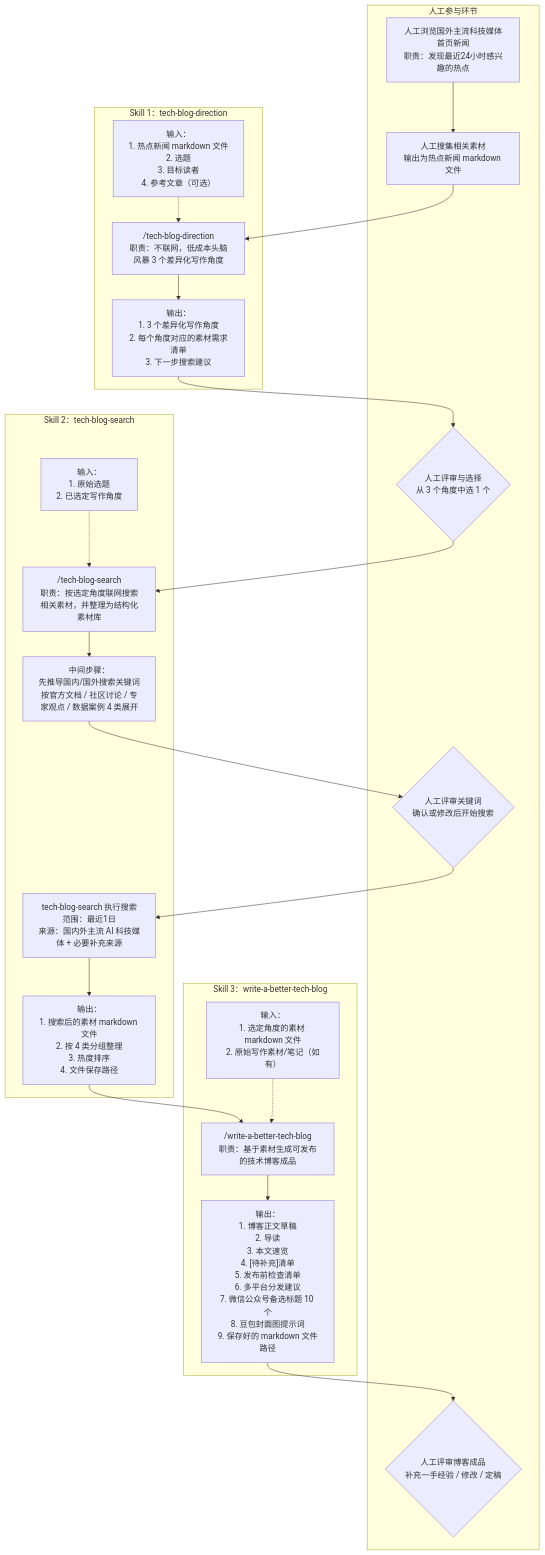
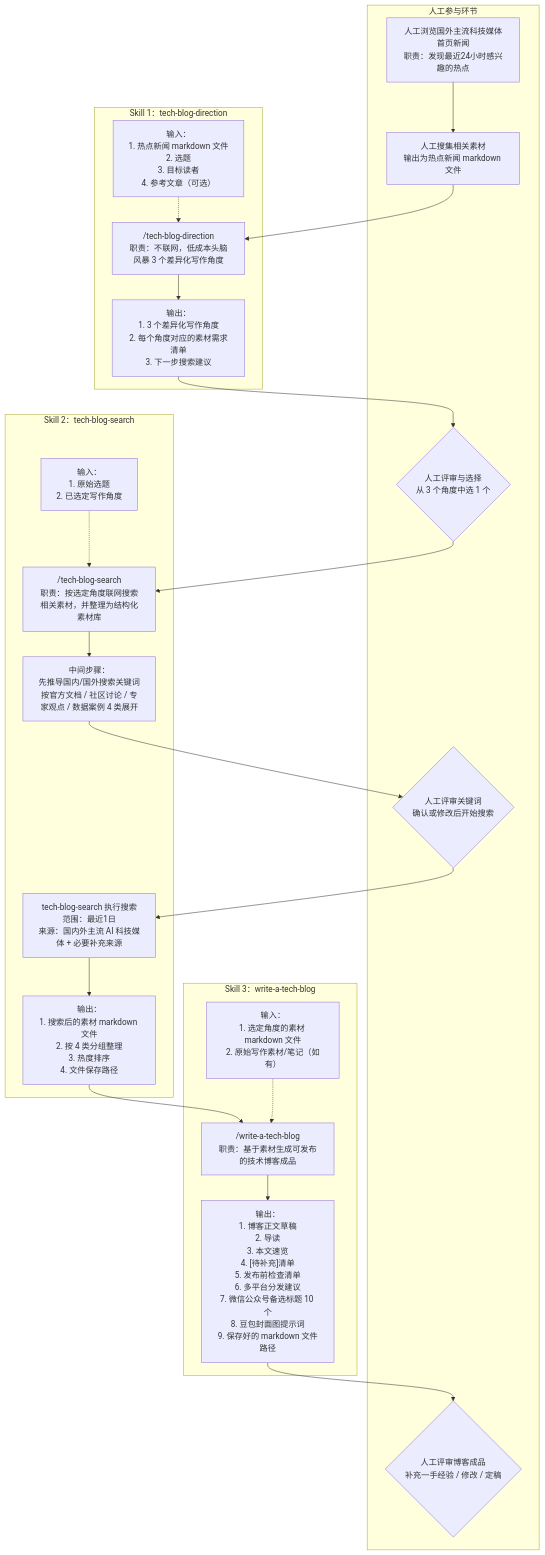
One commit to wubin28/write-better-ai-tech-blogs-with-ai changed the diagram in README.md. Above: the diagram before and after it, drawn with Mermaid. The commit also changed other lines of this file and 2 other files, not shown here.

Commit message:
refactor: renamed and updated references for 'write-a-tech-blog' skill in README and SKILL files

````diff
--- a/README.md
+++ b/README.md
@@ -72,52 +72,52 @@
 ```mermaid
 flowchart TD
     A["人工浏览国外主流科技媒体首页新闻<br/>职责：发现最近24小时感兴趣的热点"] --> B["人工搜集相关素材<br/>输出为热点新闻 markdown 文件"]
 
     B --> C["/tech-blog-direction<br/>职责：不联网，低成本头脑风暴 3 个差异化写作角度"]
     C_in["输入：<br/>1. 热点新闻 markdown 文件<br/>2. 选题<br/>3. 目标读者<br/>4. 参考文章（可选）"] -.-> C
     C --> C_out["输出：<br/>1. 3 个差异化写作角度<br/>2. 每个角度对应的素材需求清单<br/>3. 下一步搜索建议"]
 
     C_out --> D{"人工评审与选择<br/>从 3 个角度中选 1 个"}
     D --> E["/tech-blog-search<br/>职责：按选定角度联网搜索相关素材，并整理为结构化素材库"]
 
     E_in["输入：<br/>1. 原始选题<br/>2. 已选定写作角度"] -.-> E
     E --> E_kw["中间步骤：<br/>先推导国内/国外搜索关键词<br/>按官方文档 / 社区讨论 / 专家观点 / 数据案例 4 类展开"]
     E_kw --> F{"人工评审关键词<br/>确认或修改后开始搜索"}
 
     F --> G["tech-blog-search 执行搜索<br/>范围：最近1日<br/>来源：国内外主流 AI 科技媒体 + 必要补充来源"]
     G --> G_out["输出：<br/>1. 搜索后的素材 markdown 文件<br/>2. 按 4 类分组整理<br/>3. 热度排序<br/>4. 文件保存路径"]
 
-    G_out --> H["/write-a-better-tech-blog<br/>职责：基于素材生成可发布的技术博客成品"]
+    G_out --> H["/write-a-tech-blog<br/>职责：基于素材生成可发布的技术博客成品"]
     H_in["输入：<br/>1. 选定角度的素材 markdown 文件<br/>2. 原始写作素材/笔记（如有）"] -.-> H
     H --> H_out["输出：<br/>1. 博客正文草稿<br/>2. 导读<br/>3. 本文速览<br/>4. [待补充]清单<br/>5. 发布前检查清单<br/>6. 多平台分发建议<br/>7. 微信公众号备选标题 10 个<br/>8. 豆包封面图提示词<br/>9. 保存好的 markdown 文件路径"]
 
     H_out --> I{"人工评审博客成品<br/>补充一手经验 / 修改 / 定稿"}
 
     subgraph Manual["人工参与环节"]
         A
         B
         D
         F
         I
     end
 
     subgraph Skill1["Skill 1：tech-blog-direction"]
         C
         C_in
         C_out
     end
 
     subgraph Skill2["Skill 2：tech-blog-search"]
         E
         E_in
         E_kw
         G
         G_out
     end
 
-    subgraph Skill3["Skill 3：write-a-better-tech-blog"]
+    subgraph Skill3["Skill 3：write-a-tech-blog"]
         H
         H_in
         H_out
     end
 ```
````
